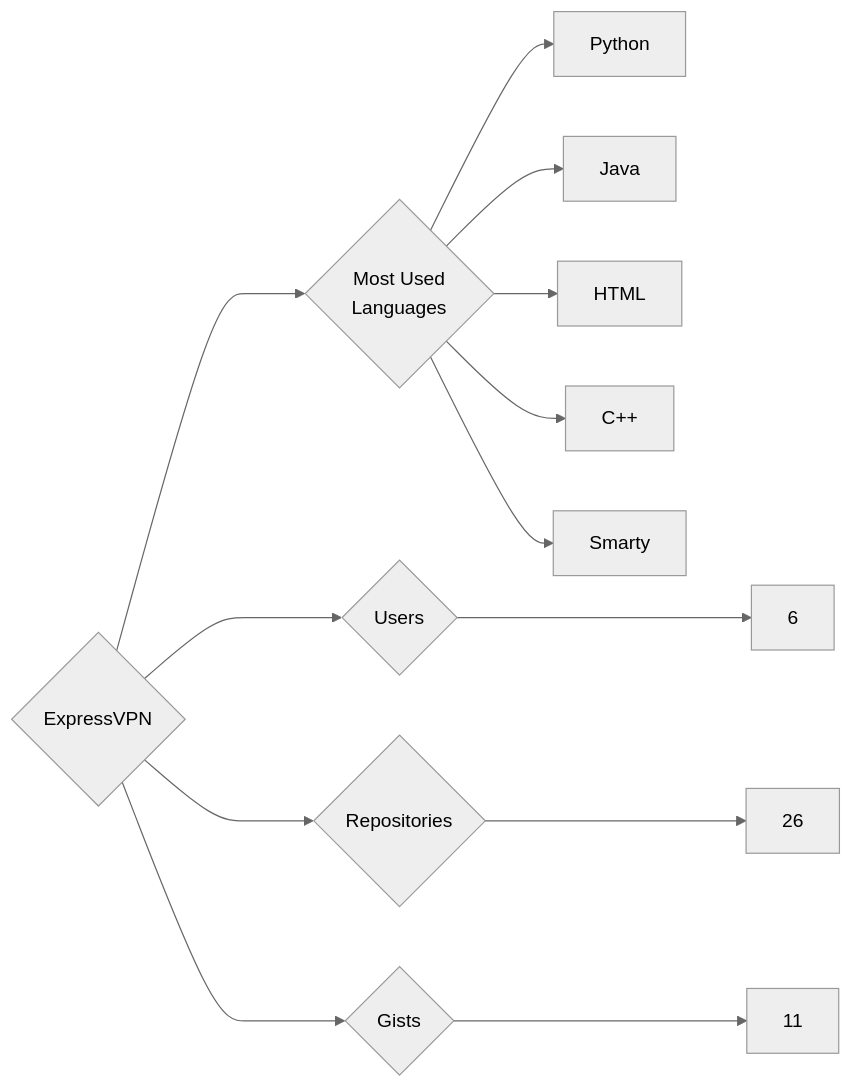
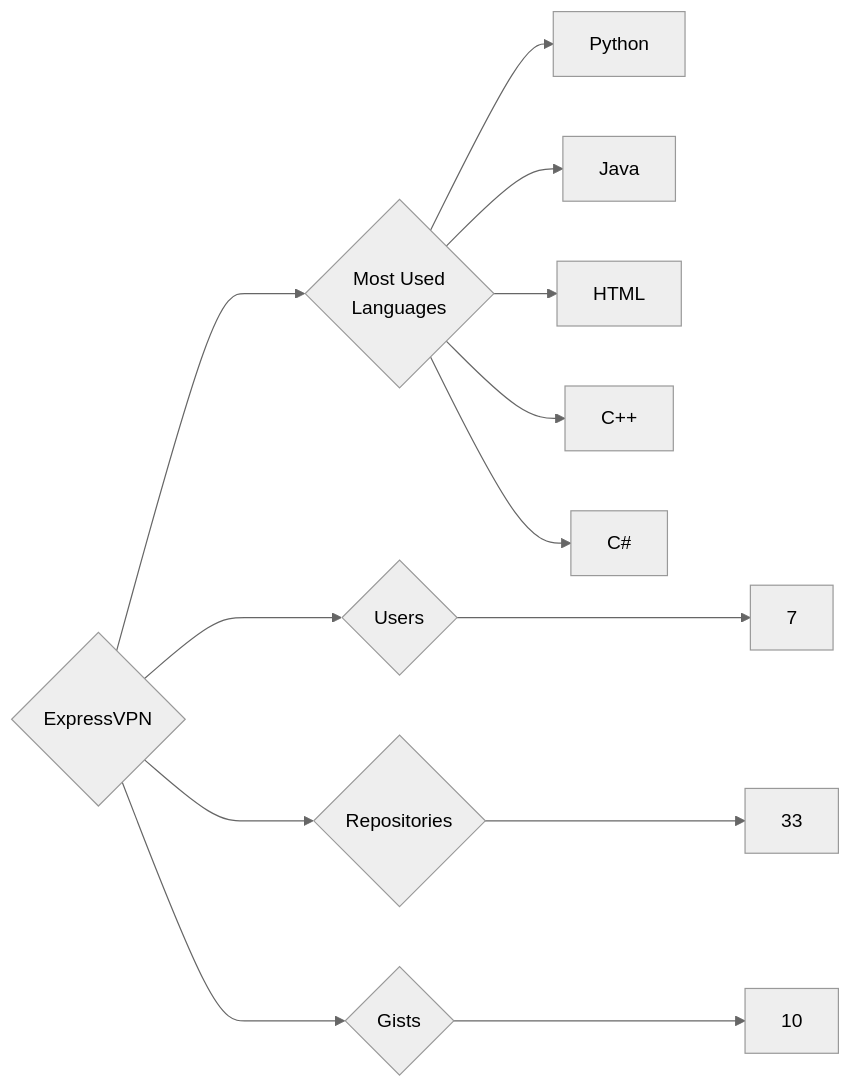
The diagram in targets/ExpressVPN/README.md (trickest/insiders), drawn with Mermaid (neutral theme) before and after one commit. The commit also changed 1055 other files, not shown here.

````diff
--- a/targets/ExpressVPN/README.md
+++ b/targets/ExpressVPN/README.md
@@ -3,13 +3,13 @@
 ```mermaid
 graph LR
 COMPANY_NAME{ExpressVPN}
-COMPANY_NAME ---> U{Users} ---> UN[6]
-COMPANY_NAME ---> R{Repositories} ---> RN[26]
-COMPANY_NAME ---> G{Gists} ---> GN[11]
+COMPANY_NAME ---> U{Users} ---> UN[7]
+COMPANY_NAME ---> R{Repositories} ---> RN[33]
+COMPANY_NAME ---> G{Gists} ---> GN[10]
 COMPANY_NAME ---> ML{Most Used<br>Languages}
 ML --> Python[Python]
 ML --> Java[Java]
 ML --> HTML[HTML]
 ML --> C++[C++]
-ML --> Smarty[Smarty]
+ML --> C#[C#]
 ```
````
